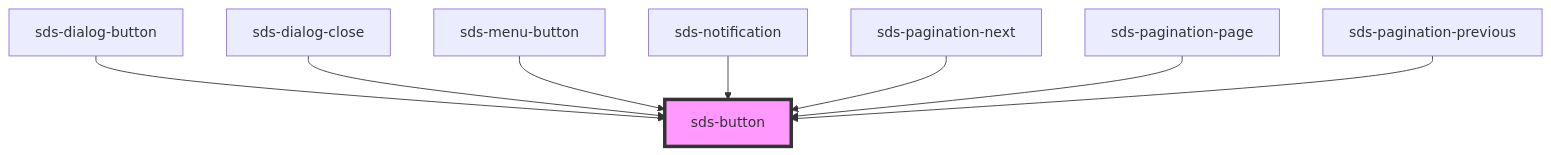
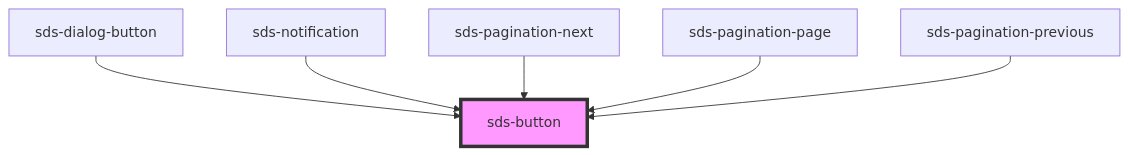
The diagram in packages/sds-web-components/src/ui/primitives/button/sds-button/readme.md (chodgesfigma/sds-mono), drawn with Mermaid before and after one commit. The commit also changed other lines of this file and 8 other files, not shown here.

Commit message:
chore: updated icon-button usage in sds-menu-button

````diff
--- a/packages/sds-web-components/src/ui/primitives/button/sds-button/readme.md
+++ b/packages/sds-web-components/src/ui/primitives/button/sds-button/readme.md
@@ -29,11 +27,9 @@
 ```mermaid
 graph TD;
   sds-dialog-button --> sds-button
-  sds-dialog-close --> sds-button
-  sds-menu-button --> sds-button
   sds-notification --> sds-button
   sds-pagination-next --> sds-button
   sds-pagination-page --> sds-button
   sds-pagination-previous --> sds-button
   style sds-button fill:#f9f,stroke:#333,stroke-width:4px
 ```
````
